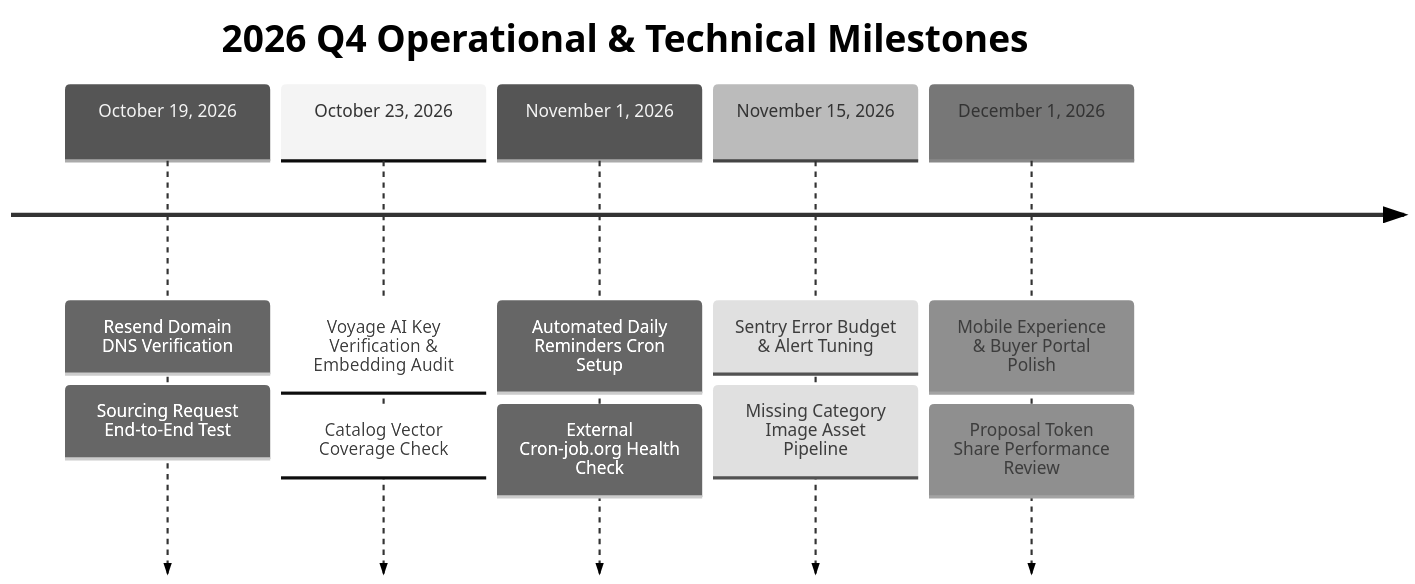
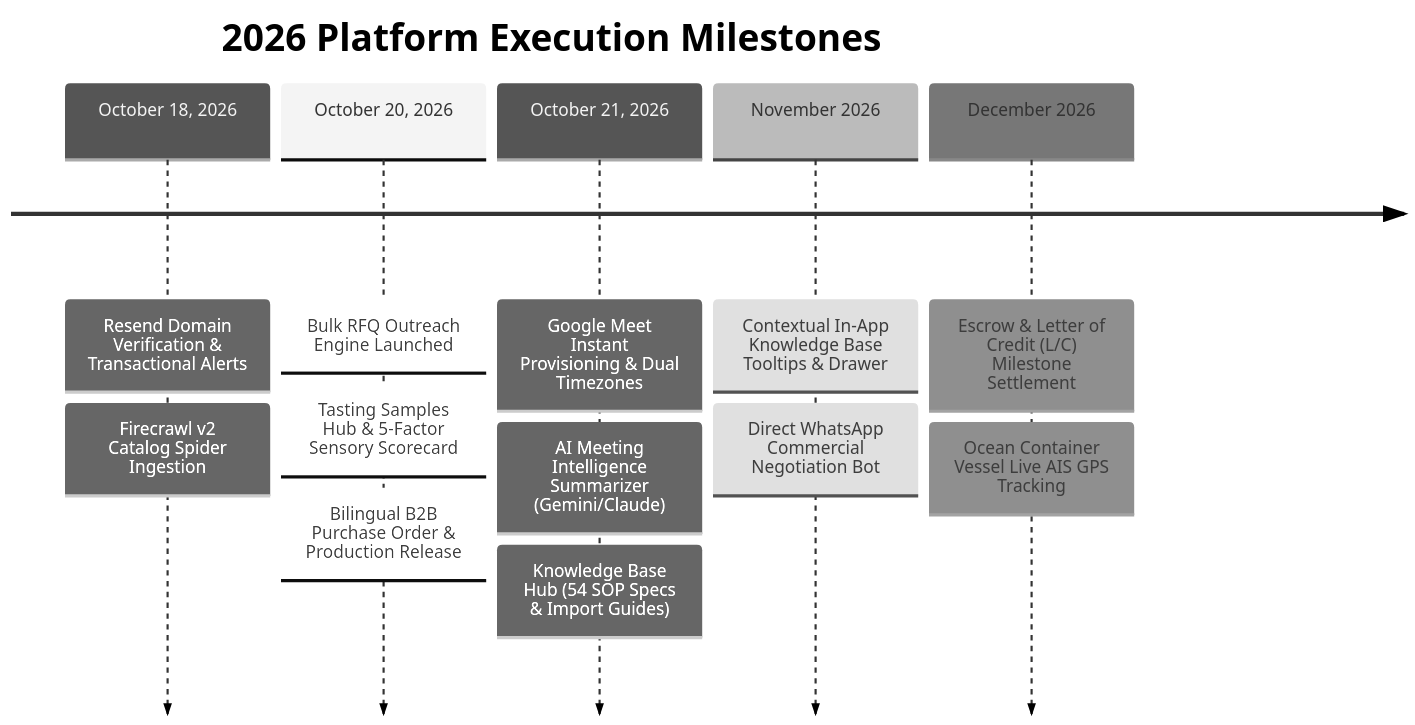
The diagram in docs/ROADMAP.md (foodXchange/FDX), drawn with Mermaid (neutral theme) before and after one commit. The commit also changed other lines of this file and 5 other files, not shown here.

Commit message:
docs: comprehensively update architecture, product story, admin guide, API directory, roadmap, and README

````diff
--- a/docs/ROADMAP.md
+++ b/docs/ROADMAP.md
@@ -10,14 +10,16 @@
 ```mermaid
 timeline
-    title 2026 Q4 Operational & Technical Milestones
-    October 19, 2026 : Resend Domain DNS Verification
-                     : Sourcing Request End-to-End Test
-    October 23, 2026 : Voyage AI Key Verification & Embedding Audit
-                     : Catalog Vector Coverage Check
-    November 1, 2026 : Automated Daily Reminders Cron Setup
-                     : External Cron-job.org Health Check
-    November 15, 2026: Sentry Error Budget & Alert Tuning
-                     : Missing Category Image Asset Pipeline
-    December 1, 2026 : Mobile Experience & Buyer Portal Polish
-                     : Proposal Token Share Performance Review
+    title 2026 Platform Execution Milestones
+    October 18, 2026 : Resend Domain Verification & Transactional Alerts
+                     : Firecrawl v2 Catalog Spider Ingestion
+    October 20, 2026 : Bulk RFQ Outreach Engine Launched
+                     : Tasting Samples Hub & 5-Factor Sensory Scorecard
+                     : Bilingual B2B Purchase Order & Production Release
+    October 21, 2026 : Google Meet Instant Provisioning & Dual Timezones
+                     : AI Meeting Intelligence Summarizer (Gemini/Claude)
+                     : Knowledge Base Hub (54 SOP Specs & Import Guides)
+    November 2026    : Contextual In-App Knowledge Base Tooltips & Drawer
+                     : Direct WhatsApp Commercial Negotiation Bot
+    December 2026    : Escrow & Letter of Credit (L/C) Milestone Settlement
+                     : Ocean Container Vessel Live AIS GPS Tracking
 ```
````
